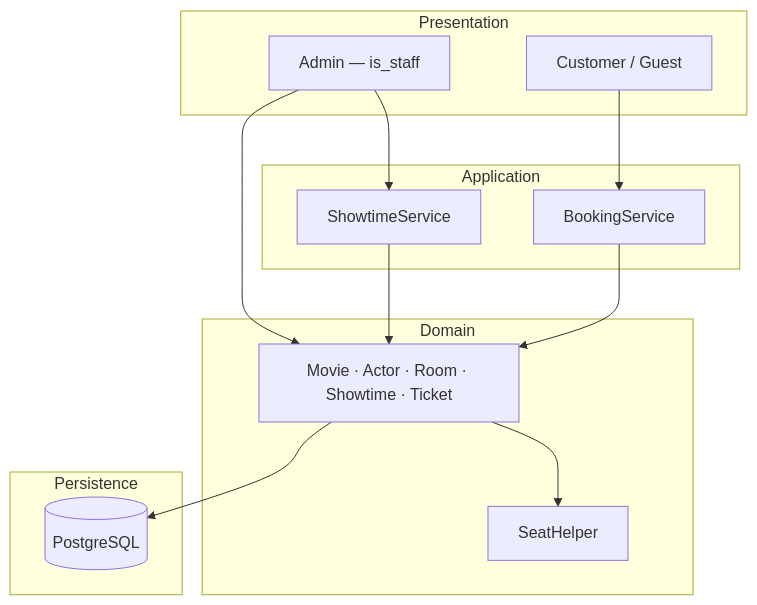
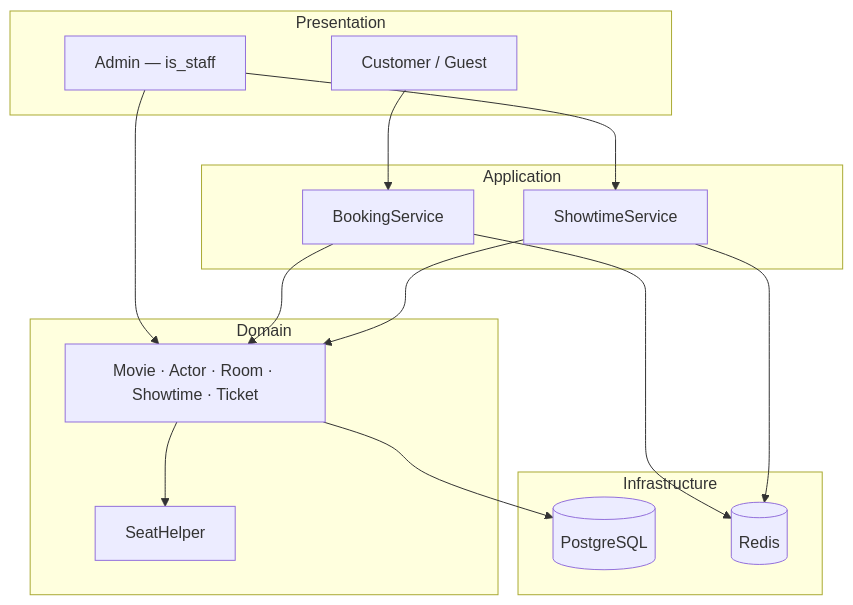
One commit to Hoangvu2911/SBU5_learnPython changed diagram 11 of 11 in myproject/SPEC.md. Above: the diagram before and after it, drawn with Mermaid. The commit also changed other lines of this file, not shown here.

Commit message:
update redis for hold seat specs

````diff
--- a/myproject/SPEC.md
+++ b/myproject/SPEC.md
@@ -450,29 +547,32 @@
 ```mermaid
 flowchart TB
   subgraph Presentation
     AdminUI[Admin — is_staff]
     CustomerUI[Customer / Guest]
   end
 
   subgraph Application
     BookingService
     ShowtimeService
   end
 
   subgraph Domain
     Models[Movie · Actor · Room · Showtime · Ticket]
     SeatHelper
   end
 
-  subgraph Persistence
+  subgraph Infrastructure
     DB[(PostgreSQL)]
+    Redis[(Redis)]
   end
 
   AdminUI --> ShowtimeService
   AdminUI --> Models
   CustomerUI --> BookingService
   BookingService --> Models
+  BookingService --> Redis
   ShowtimeService --> Models
+  ShowtimeService --> Redis
   Models --> SeatHelper
   Models --> DB
 ```
````
